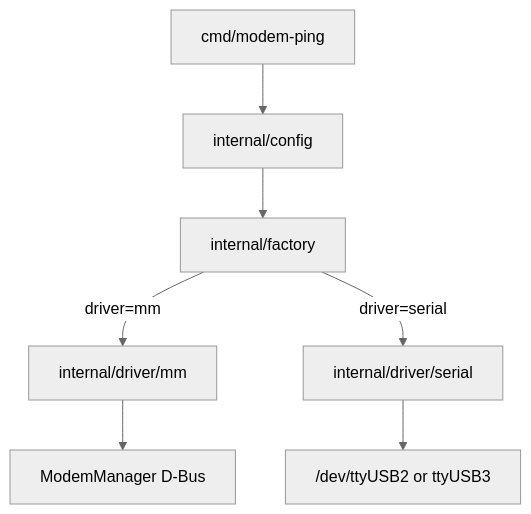
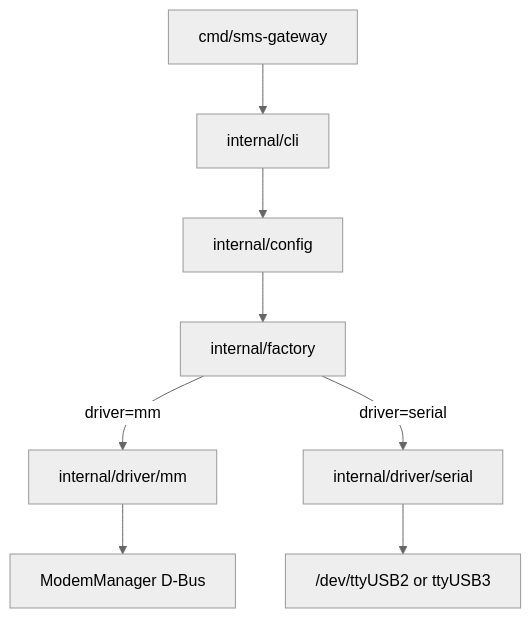
Before and after one commit to Legion112/sms-gateway: the diagram in README.md, drawn with Mermaid (neutral theme). The commit also changed other lines of this file and 10 other files, not shown here.

````diff
--- a/README.md
+++ b/README.md
@@ -16,9 +23,10 @@
 ```mermaid
 flowchart TD
-  CLI["cmd/modem-ping"] --> Config["internal/config"]
+  Main["cmd/sms-gateway"] --> CLI["internal/cli"]
+  CLI --> Config["internal/config"]
   Config --> Factory["internal/factory"]
   Factory -->|driver=mm| MM["internal/driver/mm"]
   Factory -->|driver=serial| Serial["internal/driver/serial"]
   MM --> DBus["ModemManager D-Bus"]
   Serial --> TTY["/dev/ttyUSB2 or ttyUSB3"]
 ```
````
